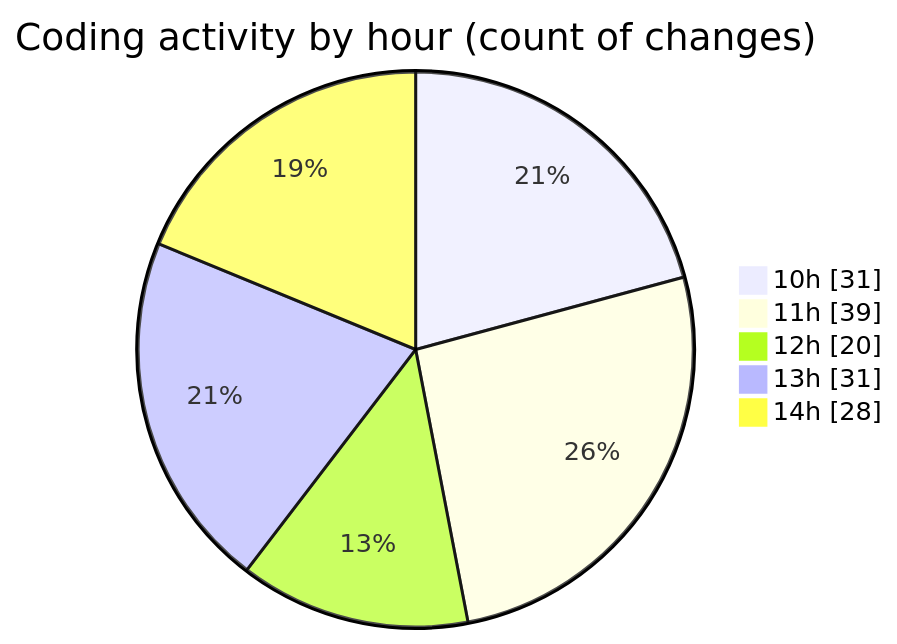
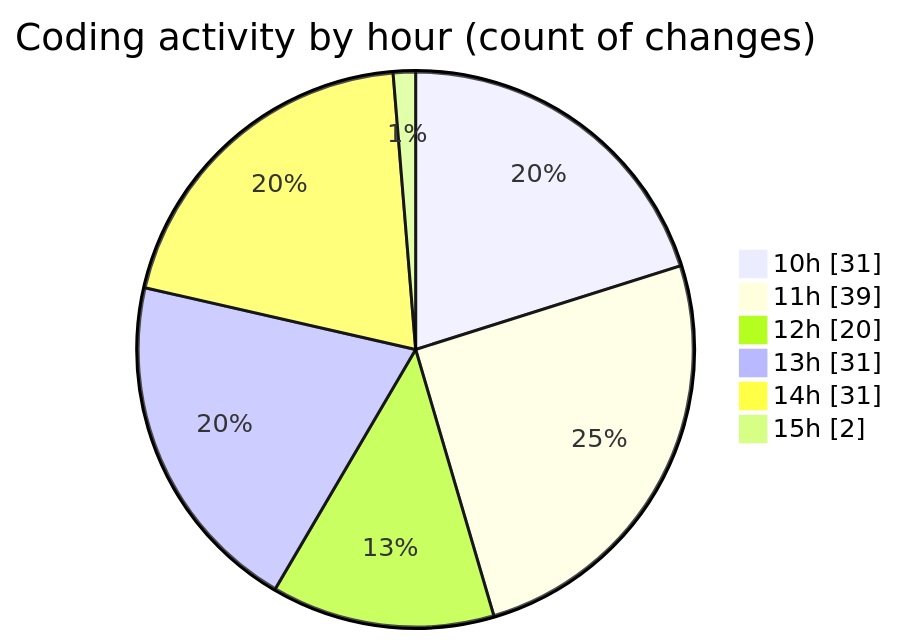
Before and after one commit to momahboobian/code-tracking: the second of 2 diagrams in 2026-03-25/cda/README.md, drawn with Mermaid. The commit also changed other lines of this file and 1 other file, not shown here.

````diff
--- a/2026-03-25/cda/README.md
+++ b/2026-03-25/cda/README.md
@@ -34,9 +34,10 @@
 ```mermaid
 pie showData
 title Coding activity by hour (count of changes)
 "10h" : 31
 "11h" : 39
 "12h" : 20
 "13h" : 31
-"14h" : 28
+"14h" : 31
+"15h" : 2
 ```
````
